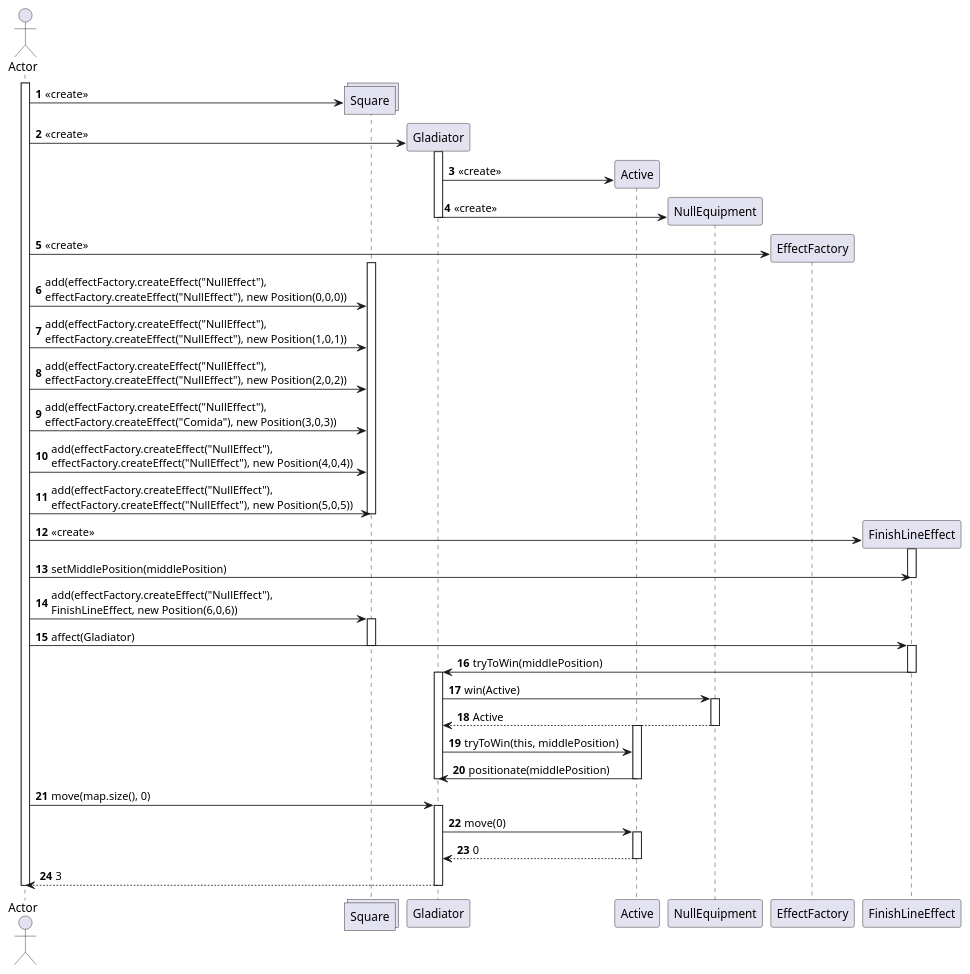
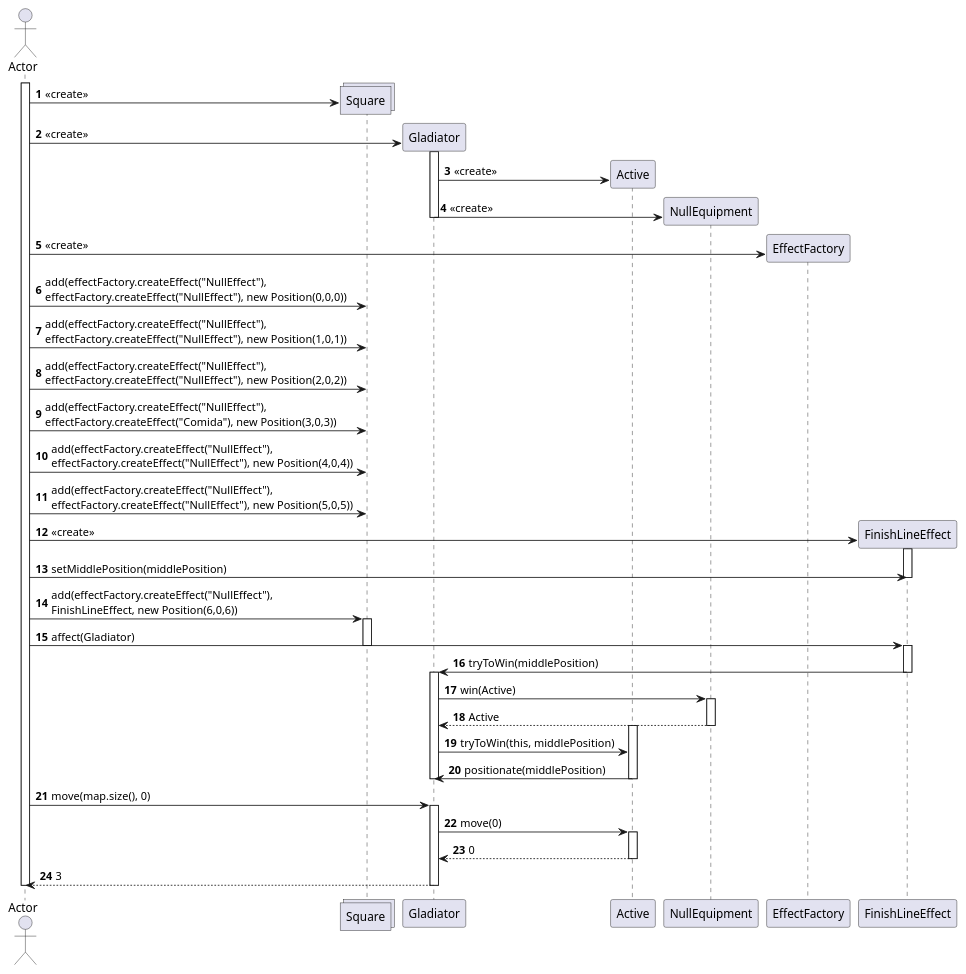
One commit to PabloGCH/tp2-algo3 changed the diagram in diagrams/sequences/FinishLineEffectWithoutKey.plantuml. Above: the diagram before and after it, drawn with PlantUML.

```diff
--- a/diagrams/sequences/FinishLineEffectWithoutKey.plantuml
+++ b/diagrams/sequences/FinishLineEffectWithoutKey.plantuml
@@ -1,64 +1,63 @@
 @startuml
 autonumber
 actor Actor
 activate Actor
 create collections Square
 Actor -> Square: <<create>>
 
 create  Gladiator
 Actor -> Gladiator: <<create>>
 activate Gladiator
     create Active
     Gladiator -> Active : <<create>>
     create NullEquipment
     Gladiator -> NullEquipment: <<create>>
 deactivate Gladiator
 
 create EffectFactory
 Actor -> EffectFactory: <<create>>
-activate Square
-    Actor -> Square: add(effectFactory.createEffect("NullEffect"),\neffectFactory.createEffect("NullEffect"), new Position(0,0,0))
-    Actor -> Square: add(effectFactory.createEffect("NullEffect"),\neffectFactory.createEffect("NullEffect"), new Position(1,0,1))
-    Actor -> Square: add(effectFactory.createEffect("NullEffect"),\neffectFactory.createEffect("NullEffect"), new Position(2,0,2))
-    Actor -> Square: add(effectFactory.createEffect("NullEffect"),\neffectFactory.createEffect("Comida"), new Position(3,0,3))
-    Actor -> Square: add(effectFactory.createEffect("NullEffect"),\neffectFactory.createEffect("NullEffect"), new Position(4,0,4))
-    Actor -> Square: add(effectFactory.createEffect("NullEffect"),\neffectFactory.createEffect("NullEffect"), new Position(5,0,5))
-deactivate Square
+
+Actor -> Square: add(effectFactory.createEffect("NullEffect"),\neffectFactory.createEffect("NullEffect"), new Position(0,0,0))
+Actor -> Square: add(effectFactory.createEffect("NullEffect"),\neffectFactory.createEffect("NullEffect"), new Position(1,0,1))
+Actor -> Square: add(effectFactory.createEffect("NullEffect"),\neffectFactory.createEffect("NullEffect"), new Position(2,0,2))
+Actor -> Square: add(effectFactory.createEffect("NullEffect"),\neffectFactory.createEffect("Comida"), new Position(3,0,3))
+Actor -> Square: add(effectFactory.createEffect("NullEffect"),\neffectFactory.createEffect("NullEffect"), new Position(4,0,4))
+Actor -> Square: add(effectFactory.createEffect("NullEffect"),\neffectFactory.createEffect("NullEffect"), new Position(5,0,5))
 
 create FinishLineEffect
 Actor -> FinishLineEffect: <<create>>
 activate FinishLineEffect
     Actor -> FinishLineEffect: setMiddlePosition(middlePosition)
 deactivate FinishLineEffect
 
 Actor -> Square: add(effectFactory.createEffect("NullEffect"),\nFinishLineEffect, new Position(6,0,6))
 activate Square
     Actor -> FinishLineEffect: affect(Gladiator)
 deactivate Square
 
 activate FinishLineEffect
     FinishLineEffect -> Gladiator: tryToWin(middlePosition)
 deactivate FinishLineEffect
 
 activate Gladiator
     Gladiator -> NullEquipment: win(Active)
     activate NullEquipment
         NullEquipment --> Gladiator: Active
     deactivate NullEquipment
     activate Active
         Gladiator -> Active: tryToWin(this, middlePosition)
         Active -> Gladiator: positionate(middlePosition)
     deactivate Active
 deactivate Gladiator
 
 Actor -> Gladiator: move(map.size(), 0)
 activate Gladiator
     Gladiator -> Active: move(0)
     activate Active
         Active --> Gladiator: 0
     deactivate Active
     Gladiator --> Actor: 3
 deactivate Gladiator
 
 deactivate Actor
 @enduml
```
